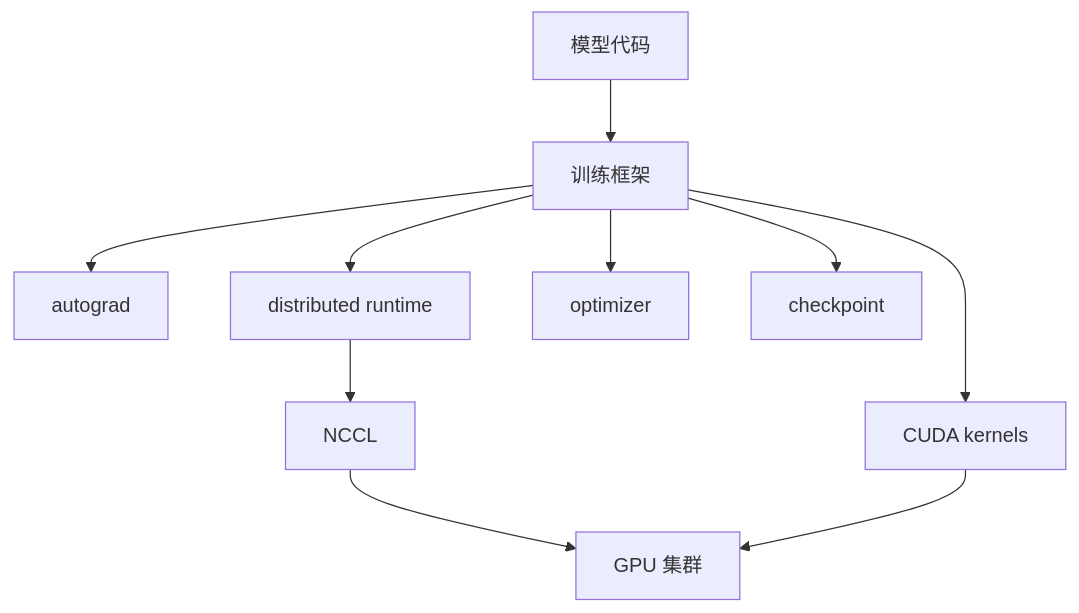
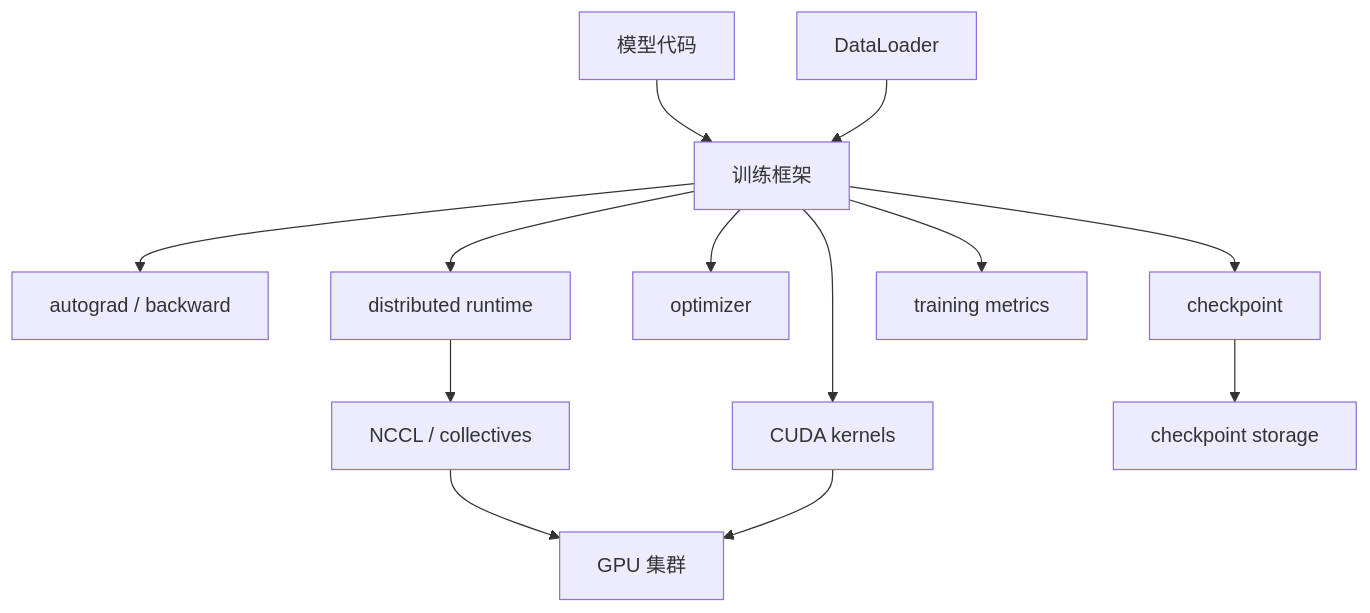
The diagram in docs/part-04-runtime/chapter-16-training-frameworks.md (ikingye/ai-factory-engineering), drawn with Mermaid before and after one commit. The commit also changed other lines of this file and 4 other files, not shown here.

````diff
--- a/docs/part-04-runtime/chapter-16-training-frameworks.md
+++ b/docs/part-04-runtime/chapter-16-training-frameworks.md
@@ -23,12 +47,15 @@
 ```mermaid
 flowchart TB
   Model["模型代码"] --> Framework["训练框架"]
-  Framework --> Autograd["autograd"]
+  Data["DataLoader"] --> Framework
+  Framework --> Autograd["autograd / backward"]
   Framework --> Dist["distributed runtime"]
   Framework --> Optim["optimizer"]
   Framework --> Ckpt["checkpoint"]
-  Dist --> NCCL["NCCL"]
+  Dist --> NCCL["NCCL / collectives"]
   Framework --> CUDA["CUDA kernels"]
   NCCL --> GPU["GPU 集群"]
   CUDA --> GPU
+  Ckpt --> Storage["checkpoint storage"]
+  Framework --> Metrics["training metrics"]
 ```
````
